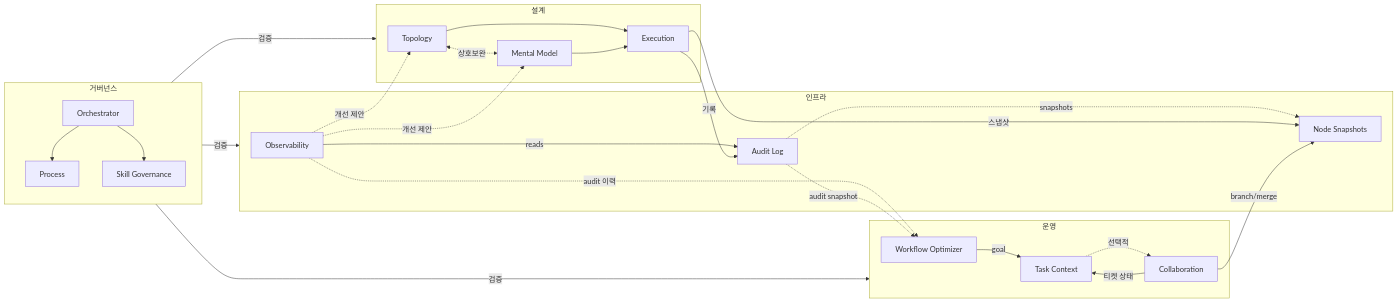
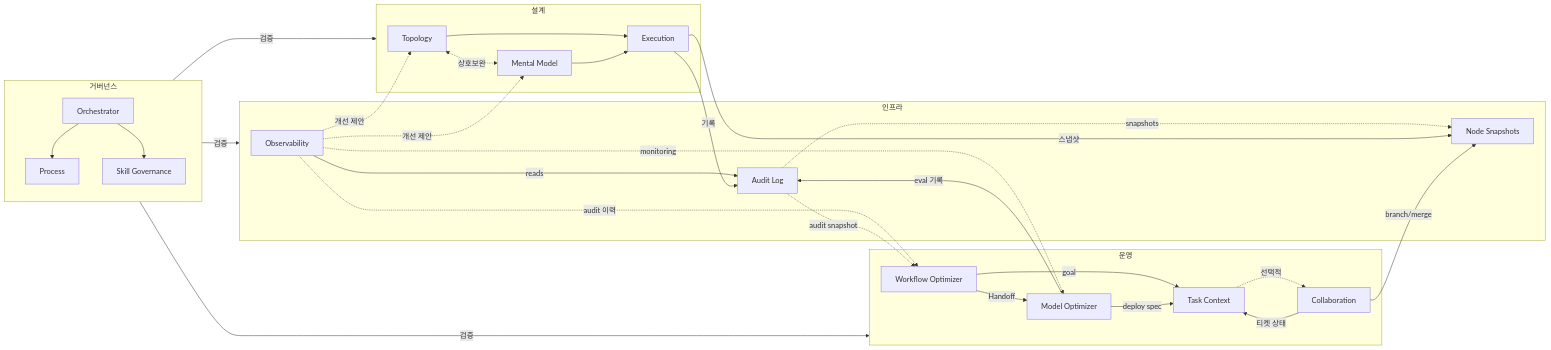
Before and after one commit to WMJOON/multi-swarm-orchestrator: the second of 3 diagrams in docs/architecture.md, drawn with Mermaid. The commit also changed other lines of this file and 19 other files, not shown here.

First line of the commit message:
feat(v0.0.10): Smart Tool Factory — mso-model-optimizer + Automation Escalation 테스트 환경

````diff
--- a/docs/architecture.md
+++ b/docs/architecture.md
@@ -38,34 +38,38 @@
 ```mermaid
 graph LR
     subgraph Design ["설계"]
         S00["Topology"] <-.->|상호보완| S01["Mental Model"]
         S00 & S01 --> S02["Execution"]
     end
 
     subgraph Ops ["운영"]
         S03["Task Context"] -.->|선택적| S04["Collaboration"]
         S10["Workflow Optimizer"] -->|goal| S03
+        S10 -->|Handoff| S11["Model Optimizer"]
+        S11 -->|deploy spec| S03
     end
 
     subgraph Infra ["인프라"]
         S06["Observability"] -->|reads| S05["Audit Log"]
         S05 -.->|snapshots| SNAP["Node Snapshots"]
     end
     subgraph Gov ["거버넌스"]
         S07["Orchestrator"] --> S08["Process"]
         S07 --> S09["Skill Governance"]
     end
 
     S02 -->|기록| S05
     S02 -->|스냅샷| SNAP
     S06 -.->|개선 제안| S00
     S06 -.->|개선 제안| S01
     S06 -.->|audit 이력| S10
+    S06 -.->|monitoring| S11
     S05 -.->|audit snapshot| S10
+    S11 -->|eval 기록| S05
     S04 -->|티켓 상태| S03
     S04 -->|branch/merge| SNAP
 
     Gov -->|검증| Design
     Gov -->|검증| Ops
     Gov -->|검증| Infra
 ```
````
